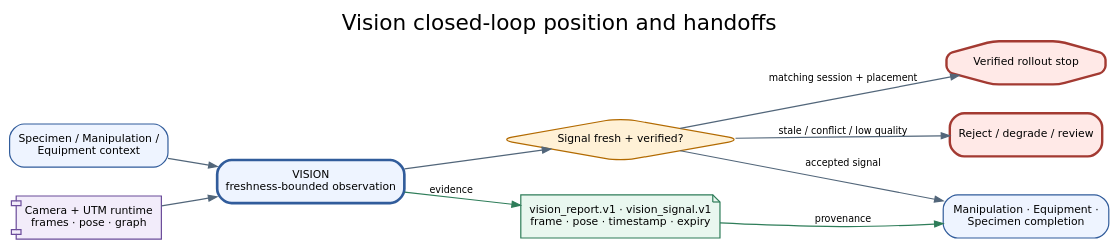
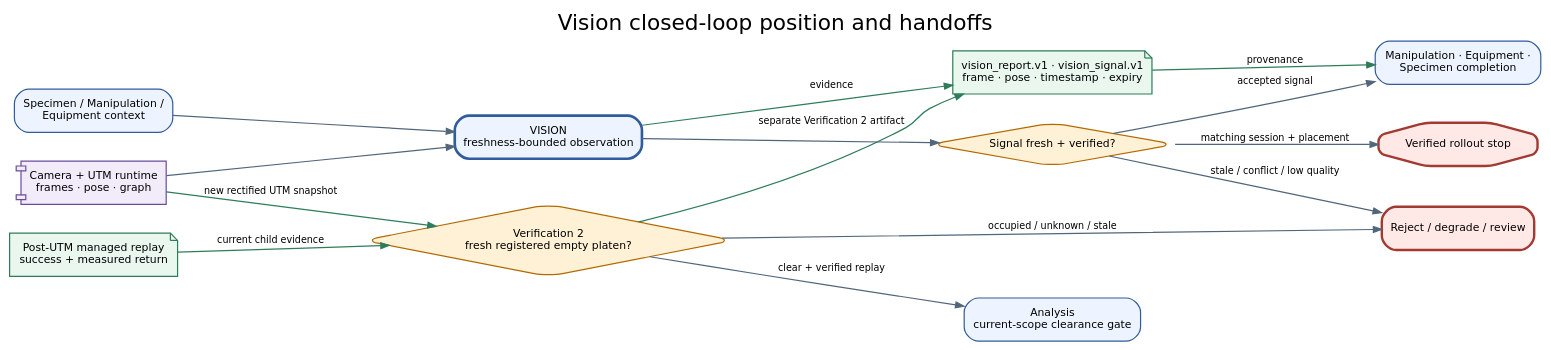
One commit to JIN9811/autonomous_researcher changed the diagram in docs/agents/assets/figures/vision_01_closed_loop_handoffs.dot. Above: the diagram before and after it, drawn with Graphviz. The commit also changed 127 other files, not shown here.

```diff
--- a/docs/agents/assets/figures/vision_01_closed_loop_handoffs.dot
+++ b/docs/agents/assets/figures/vision_01_closed_loop_handoffs.dot
@@ -1,21 +1,29 @@
 digraph vision_closed_loop_handoffs {
   graph [rankdir=LR, bgcolor="transparent", pad="0.25", nodesep="0.34", ranksep="0.55", fontname="DejaVu Sans", label="Vision closed-loop position and handoffs", labelloc="t", fontsize=18];
   node [shape=box, style="rounded,filled", fillcolor="#EEF4FF", color="#315C9B", fontname="DejaVu Sans", fontsize=9, margin="0.10,0.07"];
   edge [color="#52667A", fontname="DejaVu Sans", fontsize=8, arrowsize=0.7];
   context [label="Specimen / Manipulation /\nEquipment context"];
   cameras [label="Camera + UTM runtime\nframes · pose · graph", shape=component, fillcolor="#F2ECFA", color="#6B4C9A"];
   vision [label="VISION\nfreshness-bounded observation", penwidth=2.2];
   fresh [label="Signal fresh + verified?", shape=diamond, fillcolor="#FFF1D6", color="#B26A00"];
   consumers [label="Manipulation · Equipment ·\nSpecimen completion"];
   stop [label="Verified rollout stop", shape=octagon, fillcolor="#FFE9E7", color="#A33A32", penwidth=2];
   reject [label="Reject / degrade / review", fillcolor="#FFE9E7", color="#A33A32", penwidth=2];
   evidence [label="vision_report.v1 · vision_signal.v1\nframe · pose · timestamp · expiry", shape=note, fillcolor="#E9F7EF", color="#2E7D59"];
+  clear [label="Post-UTM managed replay\nsuccess + measured return", shape=note, fillcolor="#E9F7EF", color="#2E7D59"];
+  verify2 [label="Verification 2\nfresh registered empty platen?", shape=diamond, fillcolor="#FFF1D6", color="#B26A00"];
+  analysis [label="Analysis\ncurrent-scope clearance gate"];
   context -> vision;
   cameras -> vision;
   vision -> fresh;
   fresh -> consumers [label="accepted signal"];
   fresh -> stop [label="matching session + placement"];
   fresh -> reject [label="stale / conflict / low quality"];
   vision -> evidence [label="evidence", color="#2E7D59"];
   evidence -> consumers [label="provenance", color="#2E7D59"];
+  clear -> verify2 [label="current child evidence", color="#2E7D59"];
+  cameras -> verify2 [label="new rectified UTM snapshot", color="#2E7D59"];
+  verify2 -> analysis [label="clear + verified replay"];
+  verify2 -> reject [label="occupied / unknown / stale"];
+  verify2 -> evidence [label="separate Verification 2 artifact", color="#2E7D59"];
 }
```
